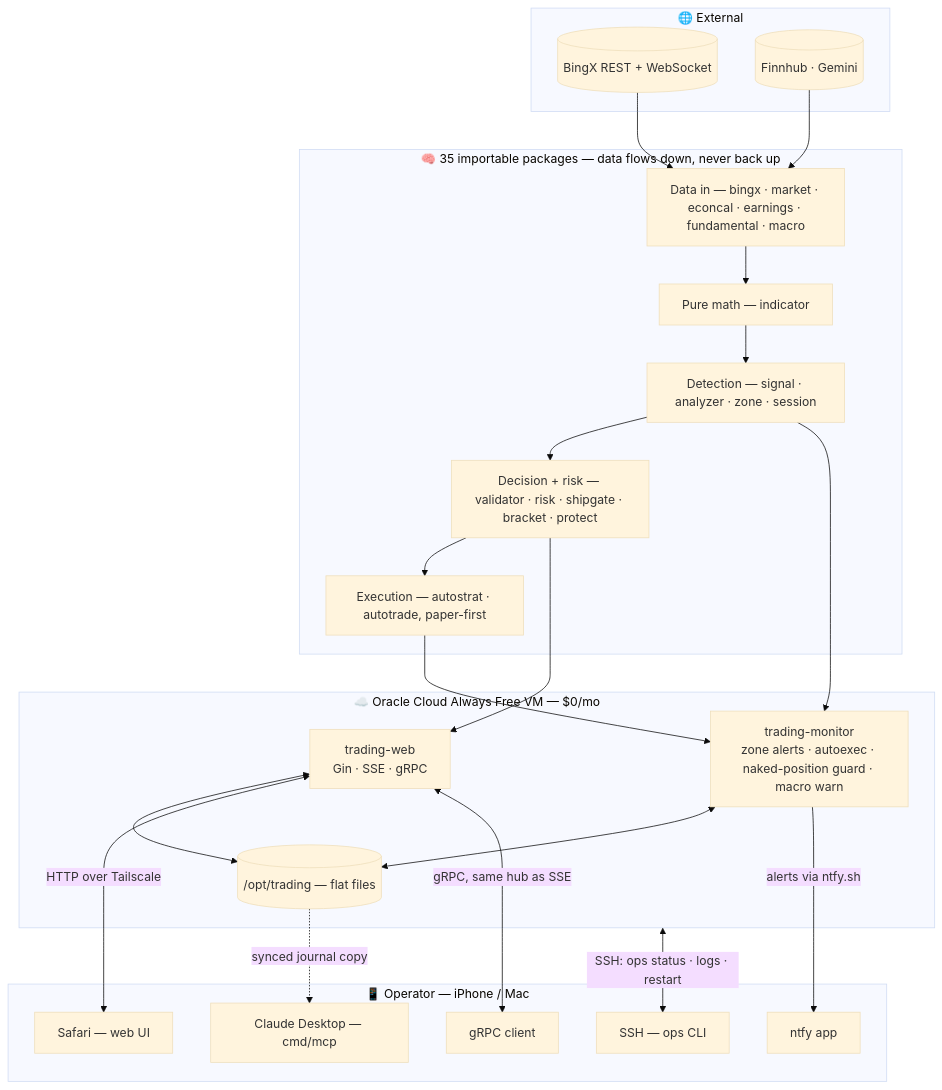
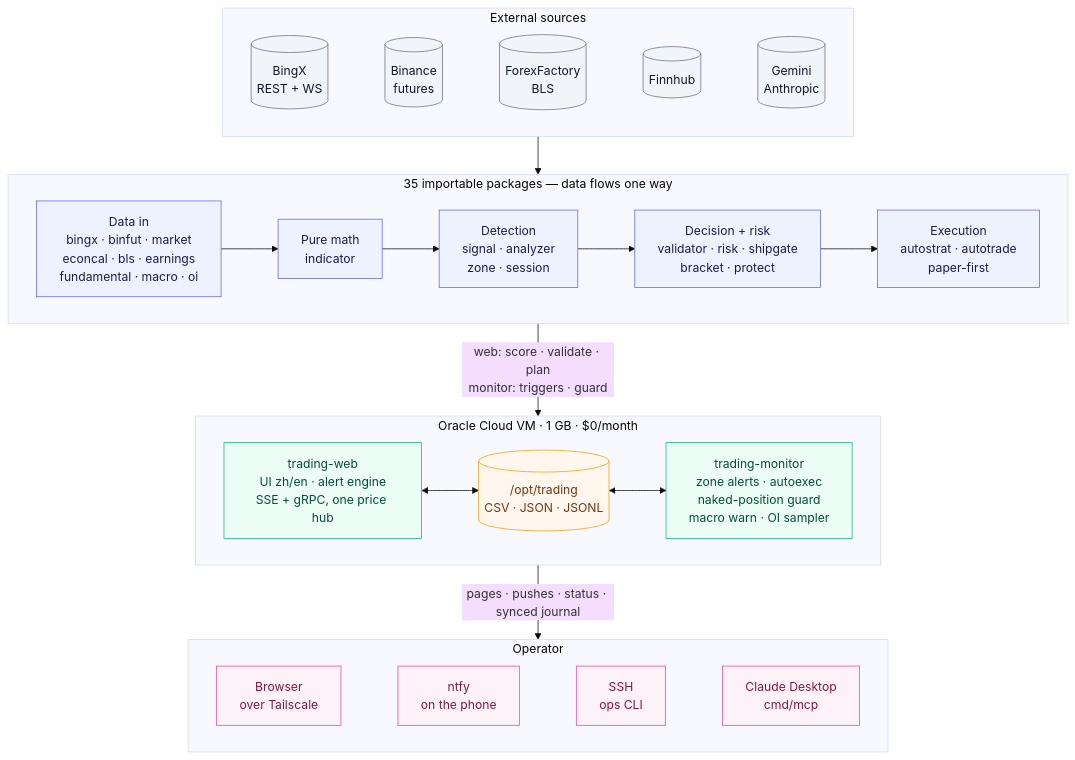
One commit to henry190927/trading-bot changed the first of 8 diagrams in README.md. Above: the diagram before and after it, drawn with Mermaid (base theme). The commit also changed other lines of this file and 2 other files, not shown here.

First line of the commit message:
docs: README architecture as diagrams, both languages; routes table

````diff
--- a/README.md
+++ b/README.md
@@ -31,43 +35,48 @@
 ```mermaid
 flowchart TB
-    subgraph External["🌐 External"]
-        bx[(BingX REST + WebSocket)]
-        others[(Finnhub · Gemini)]
+    subgraph External["External sources"]
+        direction LR
+        bx[("BingX<br/>REST + WS")]:::ext
+        bn[("Binance<br/>futures")]:::ext
+        cal[("ForexFactory<br/>BLS")]:::ext
+        fh[("Finnhub")]:::ext
+        llm[("Gemini<br/>Anthropic")]:::ext
+        bx ~~~ bn ~~~ cal ~~~ fh ~~~ llm
     end
 
-    subgraph Core["🧠 35 importable packages — data flows down, never back up"]
-        datain["Data in — bingx · market · econcal · earnings · fundamental · macro"]
-        math["Pure math — indicator"]
-        detect["Detection — signal · analyzer · zone · session"]
-        decide["Decision + risk — validator · risk · shipgate · bracket · protect"]
-        exec["Execution — autostrat · autotrade, paper-first"]
+    subgraph Core["35 importable packages — data flows one way"]
+        direction LR
+        datain["Data in<br/>bingx · binfut · market<br/>econcal · bls · earnings<br/>fundamental · macro · oi"]:::core
+        math["Pure math<br/>indicator"]:::core
+        detect["Detection<br/>signal · analyzer<br/>zone · session"]:::core
+        decide["Decision + risk<br/>validator · risk · shipgate<br/>bracket · protect"]:::core
+        exec["Execution<br/>autostrat · autotrade<br/>paper-first"]:::core
         datain --> math --> detect --> decide --> exec
     end
 
-    subgraph VPS["☁️ Oracle Cloud Always Free VM — $0/mo"]
-        web["trading-web<br/>Gin · SSE · gRPC"]
-        monitor["trading-monitor<br/>zone alerts · autoexec · naked-position guard · macro warn"]
-        store[("/opt/trading — flat files")]
+    subgraph VPS["Oracle Cloud VM · 1 GB · $0/month"]
+        direction LR
+        web["trading-web<br/>UI zh/en · alert engine<br/>SSE + gRPC, one price hub"]:::svc
+        store[("/opt/trading<br/>CSV · JSON · JSONL")]:::store
+        monitor["trading-monitor<br/>zone alerts · autoexec<br/>naked-position guard<br/>macro warn · OI sampler"]:::svc
+        web <--> store <--> monitor
     end
 
-    subgraph Edge["📱 Operator — iPhone / Mac"]
-        push["ntfy app"]
-        safari["Safari — web UI"]
-        sshc["SSH — ops CLI"]
-        grpcc["gRPC client"]
-        claude["Claude Desktop — cmd/mcp"]
+    subgraph Edge["Operator"]
+        direction LR
+        browser["Browser<br/>over Tailscale"]:::user
+        push["ntfy<br/>on the phone"]:::user
+        ssh["SSH<br/>ops CLI"]:::user
+        mcp["Claude Desktop<br/>cmd/mcp"]:::user
+        browser ~~~ push ~~~ ssh ~~~ mcp
     end
 
-    bx --> datain
-    others --> datain
-    detect --> monitor
-    exec --> monitor
-    decide --> web
-    web <--> store
-    monitor <--> store
-    monitor -->|"alerts via ntfy.sh"| push
-    web <-->|HTTP over Tailscale| safari
-    web <-->|"gRPC, same hub as SSE"| grpcc
-    VPS <-->|"SSH: ops status · logs · restart"| sshc
-    store -.->|synced journal copy| claude
+    External --> Core
+    Core -->|"web: score · validate · plan<br/>monitor: triggers · guard"| VPS
+    VPS -->|"pages · pushes · status · synced journal"| Edge
+    classDef ext fill:#f1f5f9,stroke:#64748b,color:#0f172a
+    classDef core fill:#eef2ff,stroke:#6366f1,color:#1e1b4b
+    classDef svc fill:#ecfdf5,stroke:#10b981,color:#064e3b
+    classDef store fill:#fff7ed,stroke:#f59e0b,color:#78350f
+    classDef user fill:#fdf2f8,stroke:#ec4899,color:#831843
 ```
````
